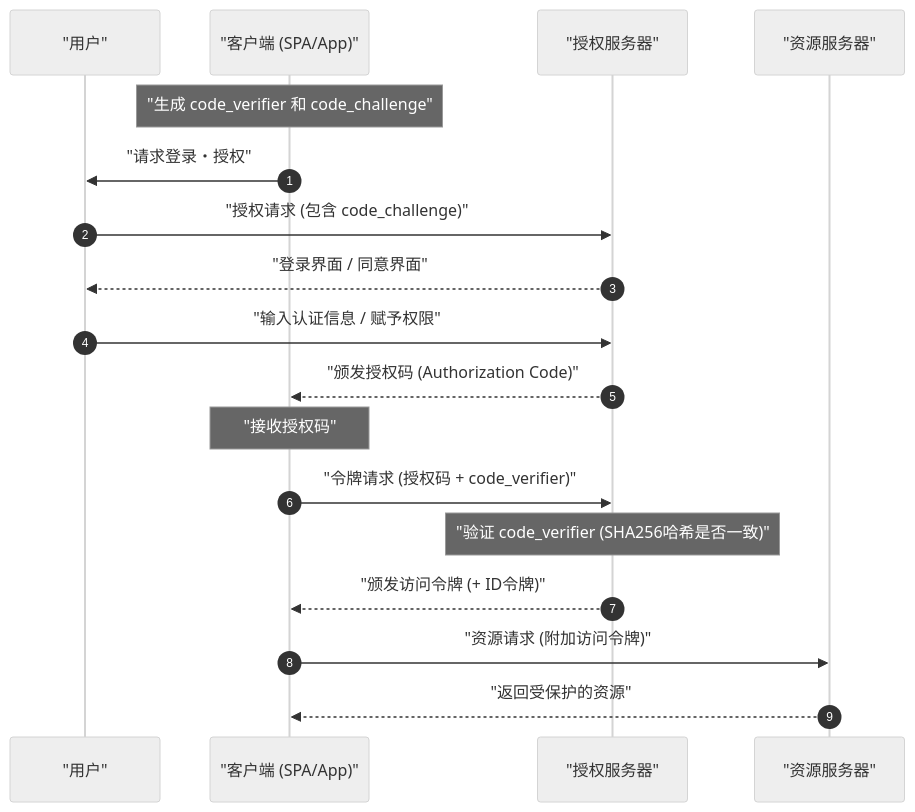
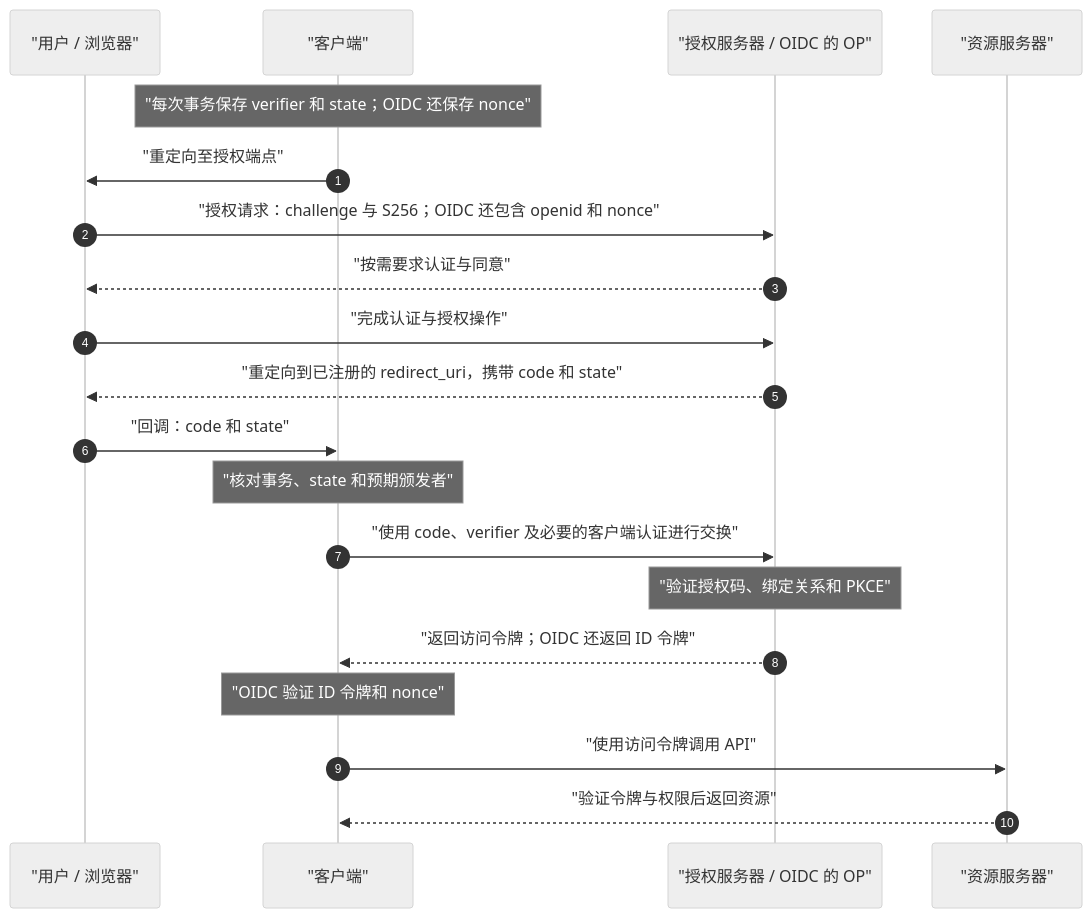
One commit to kenjinote/blog changed the diagram in content/post/oauth2-oidc-authentication-authorization-difference/index.zh-cn.md. Above: the diagram before and after it, drawn with Mermaid (neutral theme). The commit also changed other lines of this file and 7 other files, not shown here.

````diff
--- a/content/post/oauth2-oidc-authentication-authorization-difference/index.zh-cn.md
+++ b/content/post/oauth2-oidc-authentication-authorization-difference/index.zh-cn.md
@@ -90,21 +91,22 @@
 ```mermaid
 sequenceDiagram
     autonumber
-    participant U as "用户"
-    participant C as "客户端 (SPA/App)"
-    participant AS as "授权服务器"
+    participant U as "用户 / 浏览器"
+    participant C as "客户端"
+    participant AS as "授权服务器 / OIDC 的 OP"
     participant RS as "资源服务器"
-
-    Note over C: "生成 code_verifier 和 code_challenge"
-    C->>U: "请求登录・授权"
-    U->>AS: "授权请求 (包含 code_challenge)"
-    AS-->>U: "登录界面 / 同意界面"
-    U->>AS: "输入认证信息 / 赋予权限"
-    AS-->>C: "颁发授权码 (Authorization Code)"
-    Note over C: "接收授权码"
-    C->>AS: "令牌请求 (授权码 + code_verifier)"
-    Note over AS: "验证 code_verifier (SHA256哈希是否一致)"
-    AS-->>C: "颁发访问令牌 (+ ID令牌)"
-    C->>RS: "资源请求 (附加访问令牌)"
-    RS-->>C: "返回受保护的资源"
+    Note over C: "每次事务保存 verifier 和 state；OIDC 还保存 nonce"
+    C->>U: "重定向至授权端点"
+    U->>AS: "授权请求：challenge 与 S256；OIDC 还包含 openid 和 nonce"
+    AS-->>U: "按需要求认证与同意"
+    U->>AS: "完成认证与授权操作"
+    AS-->>U: "重定向到已注册的 redirect_uri，携带 code 和 state"
+    U->>C: "回调：code 和 state"
+    Note over C: "核对事务、state 和预期颁发者"
+    C->>AS: "使用 code、verifier 及必要的客户端认证进行交换"
+    Note over AS: "验证授权码、绑定关系和 PKCE"
+    AS-->>C: "返回访问令牌；OIDC 还返回 ID 令牌"
+    Note over C: "OIDC 验证 ID 令牌和 nonce"
+    C->>RS: "使用访问令牌调用 API"
+    RS-->>C: "验证令牌与权限后返回资源"
 ```
````
